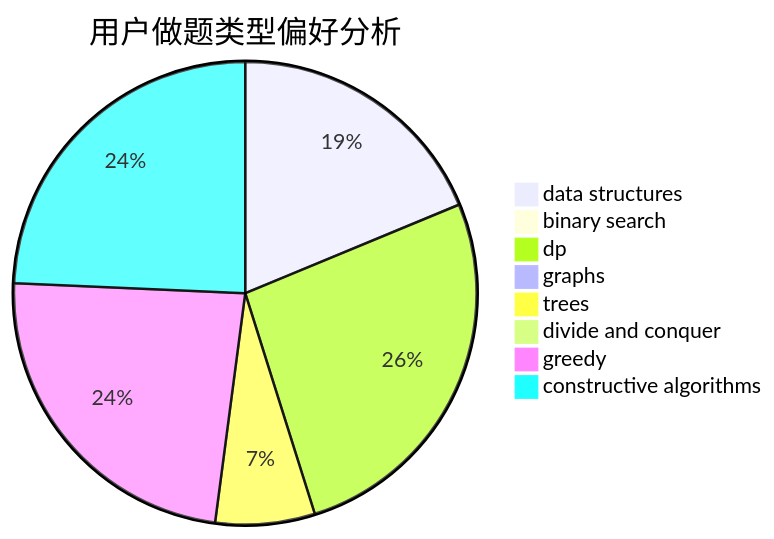
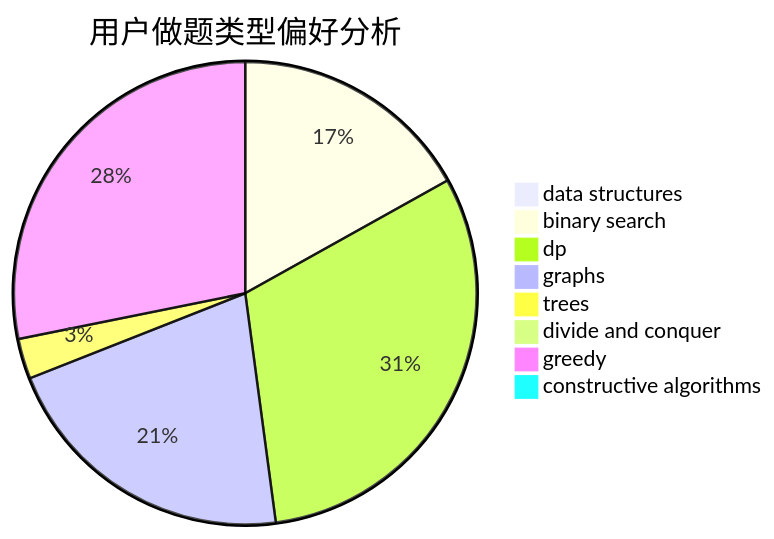
Before and after one commit to sherpahu/cfrs.github.io: the second of 3 diagrams in docs/user/u2360.md, drawn with Mermaid. The commit also changed other lines of this file and 2770 other files, not shown here.

````diff
--- a/docs/user/u2360.md
+++ b/docs/user/u2360.md
@@ -23,11 +23,11 @@
 ```mermaid
 pie title 用户做题类型偏好分析
-    "data structures" :  27
-    "binary search" :  0
-    "dp" :  38
-    "graphs" :  0
-    "trees" :  10
+    "data structures" :  0
+    "binary search" :  12
+    "dp" :  22
+    "graphs" :  15
+    "trees" :  2
     "divide and conquer" :  0
-    "greedy" :  34
-    "constructive algorithms" :  35
+    "greedy" :  20
+    "constructive algorithms" :  0
 ```
````
